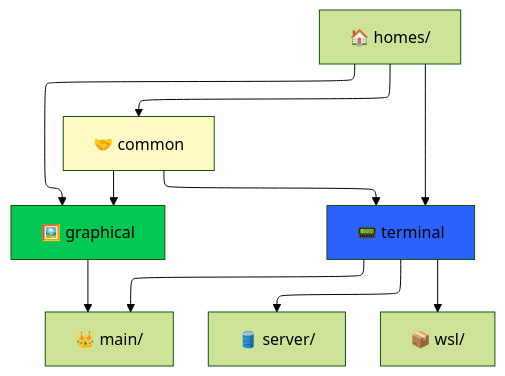
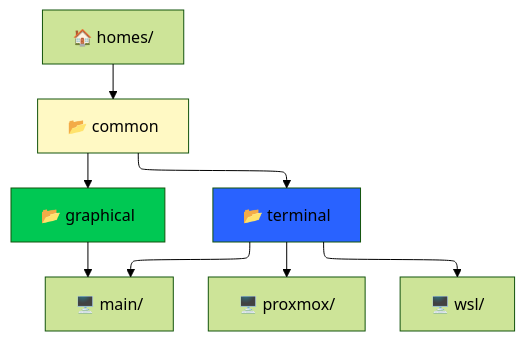
Before and after one commit to git-morin/nixOS: the diagram in README.md, drawn with Mermaid (forest theme).

Commit message:
:broom: fix README.md

````diff
--- a/README.md
+++ b/README.md
@@ -13,14 +13,14 @@
 ```mermaid
 ---
 config:
   layout: elk
 ---
 flowchart TB
-    A["🏠 homes/"] --> C["🖼️ graphical"] & D["📟 terminal"] & Z["🤝 common"]
-    Z --> C & D
-    C --> G["👑 main/"]
-    D --> G & I["🛢️ server/"] & H["📦 wsl/"]
-    style C fill:#00C853
-    style D fill:#2962FF
-    style Z fill:#FFF9C4
+A["🏠 homes/"] --> Z["📂 common"]
+Z --> C["📂 graphical"] & D["📂 terminal"]
+C --> G["🖥️ main/"]
+D --> G & I["🖥️ proxmox/"] & H["🖥️ wsl/"]
+style C fill:#00C853
+style D fill:#2962FF
+style Z fill:#FFF9C4
 ```
````
